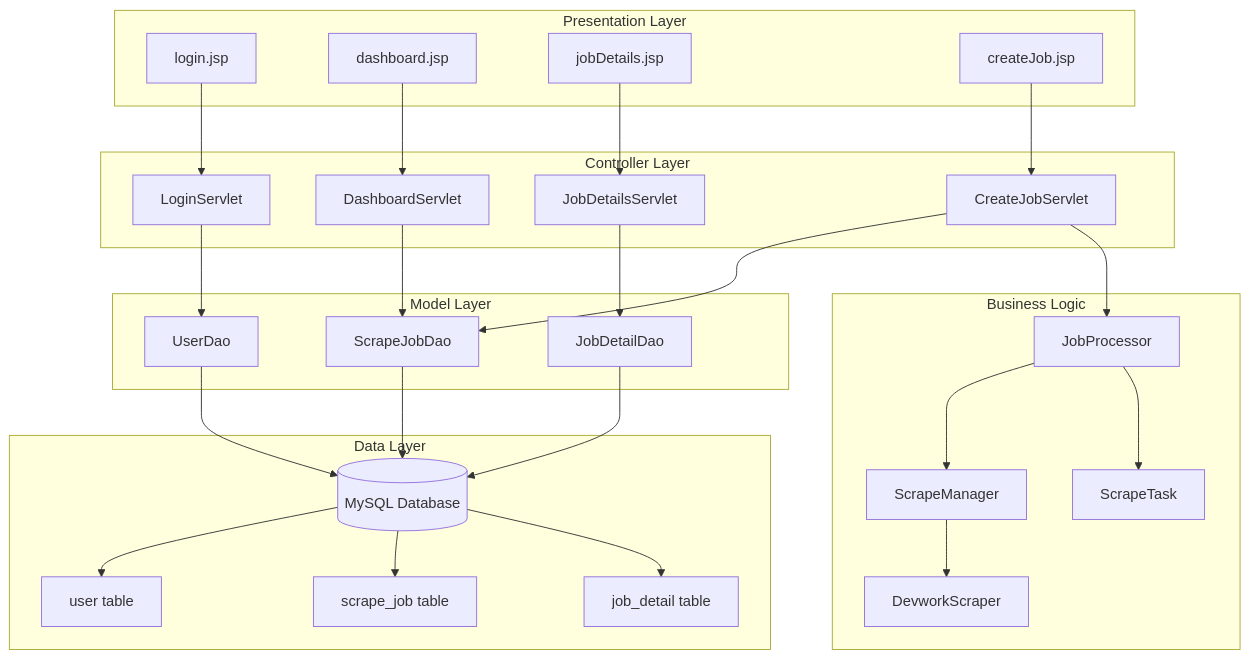
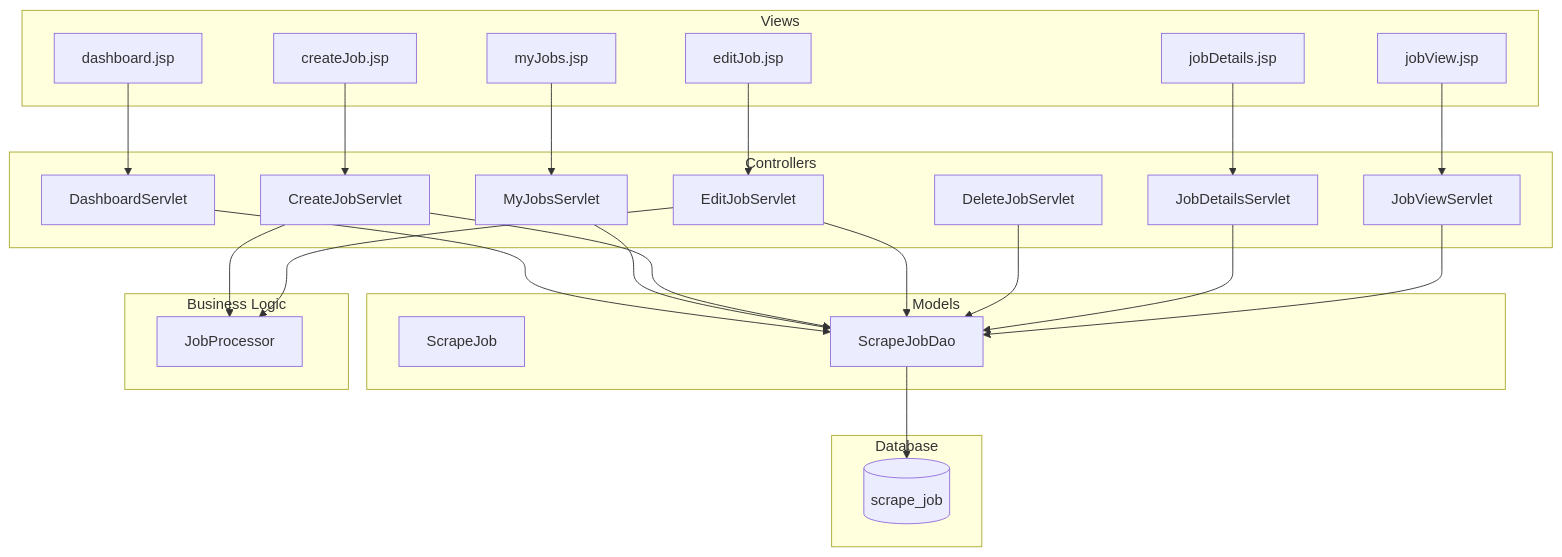
One commit to dusk5archiy/ltm changed the second of 5 diagrams in README.md. Above: the diagram before and after it, drawn with Mermaid. The commit also changed other lines of this file, not shown here.

````diff
--- a/README.md
+++ b/README.md
@@ -18,59 +55,55 @@
 ```mermaid
+%%{init: {"flowchart": {"curve": "basis"}}}%%
 graph TD
-    subgraph "Presentation Layer"
-        V1[login.jsp]
-        V2[dashboard.jsp]
-        V3[jobDetails.jsp]
-        V4[createJob.jsp]
+    subgraph "Views"
+        V4[dashboard.jsp]
+        V5[myJobs.jsp]
+        V6[createJob.jsp]
+        V7[editJob.jsp]
+        V8[jobDetails.jsp]
+        V9[jobView.jsp]
     end
 
-    subgraph "Controller Layer"
-        C1[LoginServlet]
-        C2[DashboardServlet]
-        C3[JobDetailsServlet]
-        C4[CreateJobServlet]
+    subgraph "Controllers"
+        C3[DashboardServlet]
+        C4[MyJobsServlet]
+        C5[CreateJobServlet]
+        C6[EditJobServlet]
+        C7[DeleteJobServlet]
+        C8[JobDetailsServlet]
+        C9[JobViewServlet]
     end
 
-    subgraph "Model Layer"
-        M1[UserDao]
-        M2[ScrapeJobDao]
-        M3[JobDetailDao]
+    subgraph "Models"
+        M2[ScrapeJob]
+        M5[ScrapeJobDao]
     end
 
     subgraph "Business Logic"
-        S1[DevworkScraper]
-        S2[ScrapeManager]
         P1[JobProcessor]
-        T1[ScrapeTask]
     end
 
-    subgraph "Data Layer"
-        DB[(MySQL Database)]
-        DB1[user table]
-        DB2[scrape_job table]
-        DB3[job_detail table]
+    subgraph "Database"
+        DB2[(scrape_job)]
     end
 
-    V1 --> C1
-    V2 --> C2
-    V3 --> C3
-    V4 --> C4
+    V4 --> C3
+    V5 --> C4
+    V6 --> C5
+    V7 --> C6
+    V8 --> C8
+    V9 --> C9
 
-    C1 --> M1
-    C2 --> M2
-    C3 --> M3
-    C4 --> M2
+    C3 --> M5
+    C4 --> M5
+    C5 --> M5
+    C6 --> M5
+    C7 --> M5
+    C8 --> M5
+    C9 --> M5
 
-    C4 --> P1
-    P1 --> S2
-    S2 --> S1
-    P1 --> T1
+    C5 --> P1
+    C6 --> P1
 
-    M1 --> DB
-    M2 --> DB
-    M3 --> DB
-
-    DB --> DB1
-    DB --> DB2
-    DB --> DB3
+    M5 --> DB2
 ```
````
